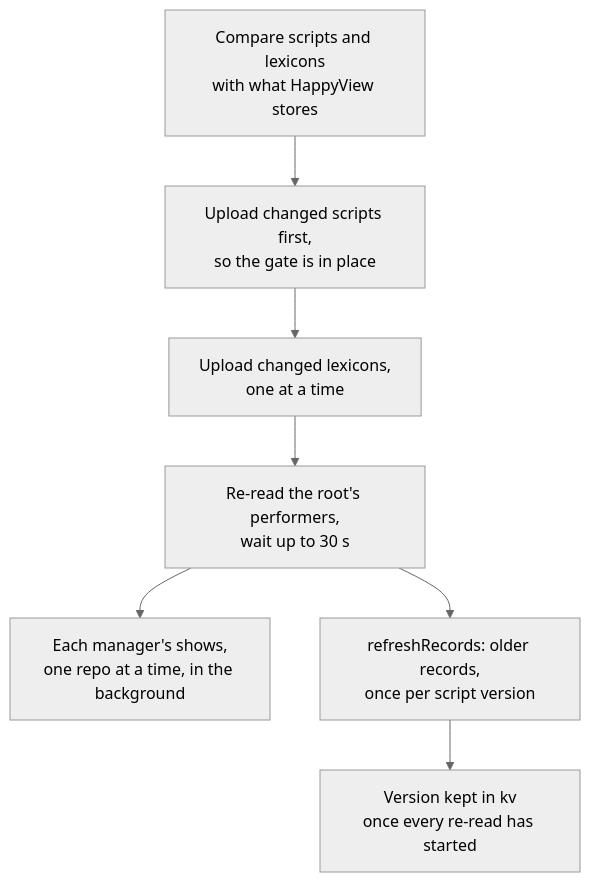
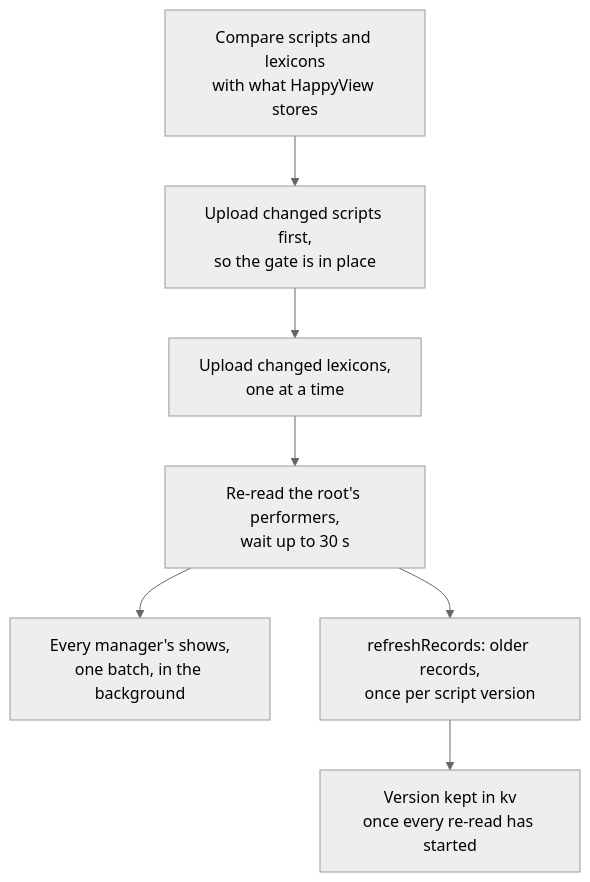
Before and after one commit to cutenode/localnetwork: the third of 7 diagrams in apps/web/docs/diagrams/jobs-and-directory.md, drawn with Mermaid (neutral theme). The commit also changed other lines of this file and 94 other files, not shown here.

````diff
--- a/apps/web/docs/diagrams/jobs-and-directory.md
+++ b/apps/web/docs/diagrams/jobs-and-directory.md
@@ -62,9 +62,9 @@
 ```mermaid
 flowchart TD
   Compare["Compare scripts and lexicons<br/>with what HappyView stores"] --> Scripts["Upload changed scripts first,<br/>so the gate is in place"]
   Scripts --> Lexicons["Upload changed lexicons,<br/>one at a time"]
   Lexicons --> Root["Re-read the root's performers,<br/>wait up to 30 s"]
-  Root --> Shows["Each manager's shows,<br/>one repo at a time, in the background"]
+  Root --> Shows["Every manager's shows,<br/>one batch, in the background"]
   Root --> Refresh["refreshRecords: older records,<br/>once per script version"]
   Refresh --> Kv["Version kept in kv<br/>once every re-read has started"]
 ```
````
